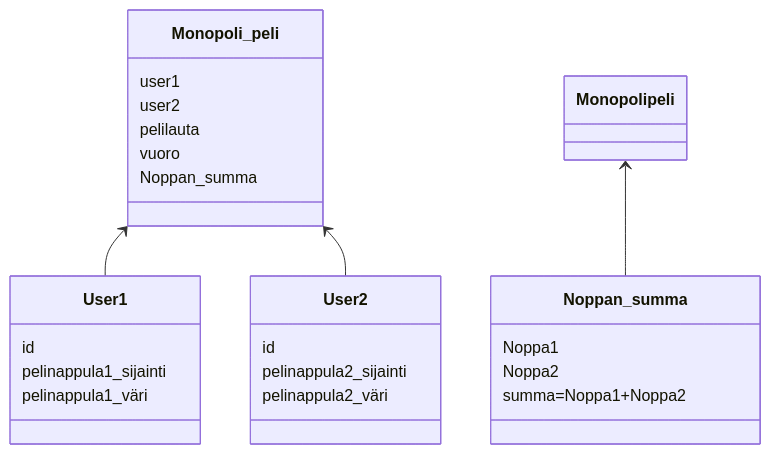
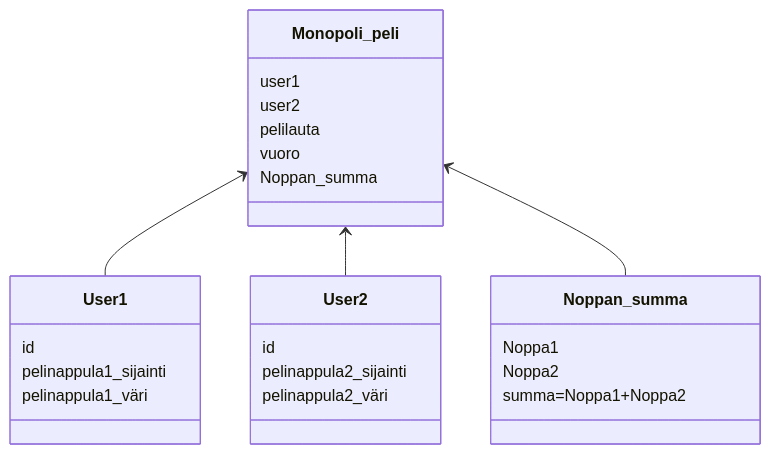
Before and after one commit to ds20220914/ohjelmistotekniikka: the diagram in laskarit/viikko3/monopoli.md, drawn with Mermaid.

Commit message:
uusi kaavio

````diff
--- a/laskarit/viikko3/monopoli.md
+++ b/laskarit/viikko3/monopoli.md
@@ -1,30 +1,30 @@
 ```mermaid
  classDiagram
       Monopoli_peli <-- User1
       Monopoli_peli <-- User2
-      Monopolipeli  <-- Noppan_summa
+      Monopoli_peli  <-- Noppan_summa
       class Monopoli_peli{
           user1
           user2
           pelilauta
           vuoro
           Noppan_summa
       }
       class User1{
           id
           pelinappula1_sijainti
           pelinappula1_väri
 	  
       }
       class User2{
           id
           pelinappula2_sijainti
           pelinappula2_väri
      }
       class Noppan_summa{
           Noppa1
           Noppa2
           summa=Noppa1+Noppa2       
       }
 
 ```
````
